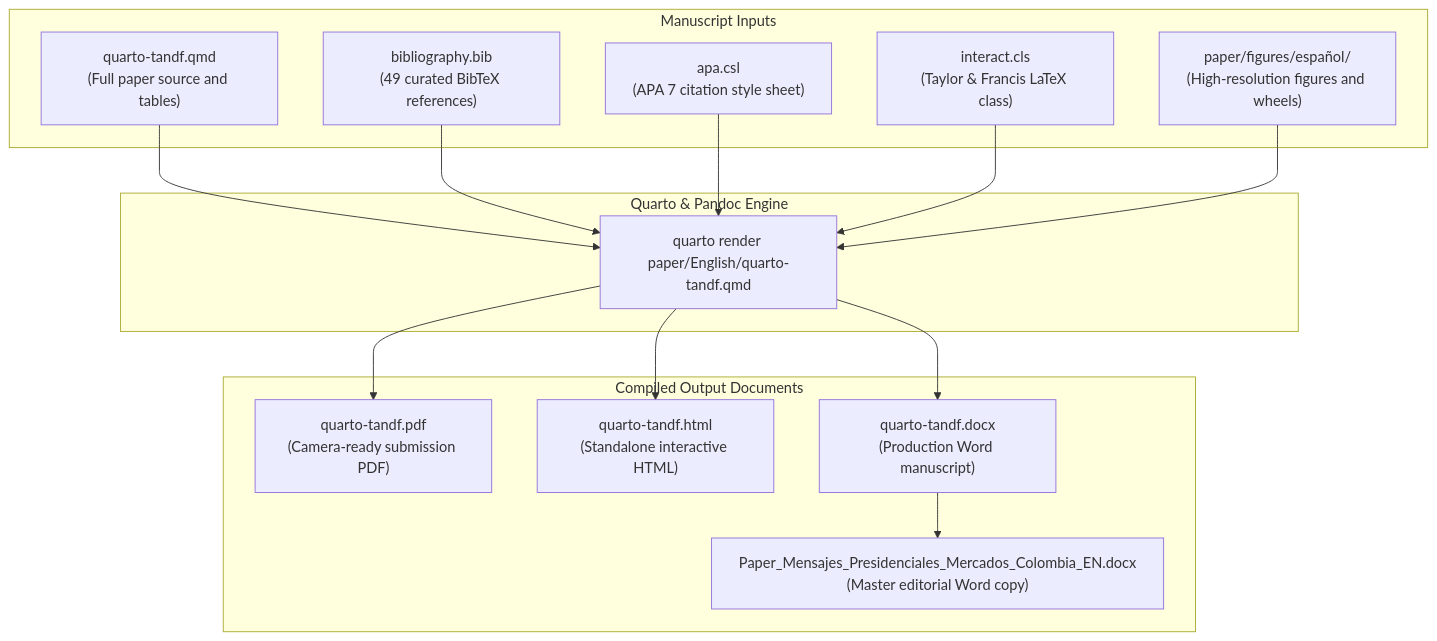
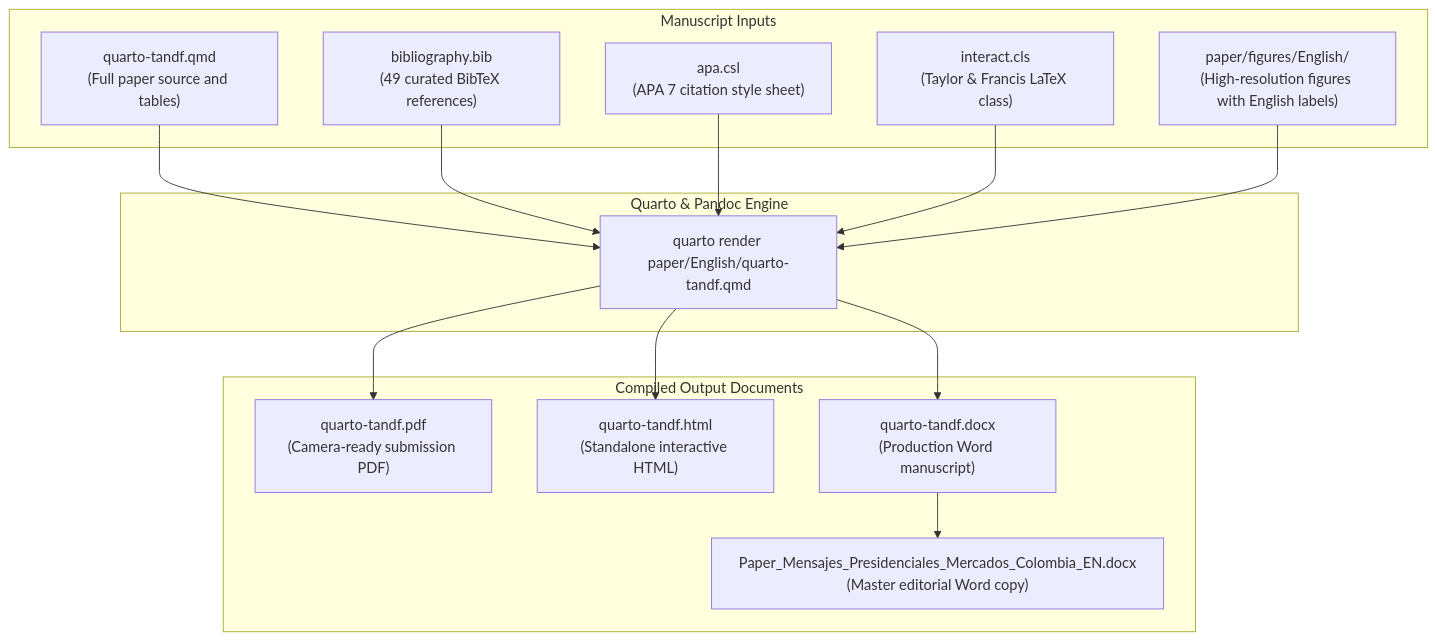
Before and after one commit to juanjo-edm/What_is_the_economic_impact_of_Colombian_President_tweets: the diagram in paper/English/README.md, drawn with Mermaid. The commit also changed other lines of this file and 49 other files, not shown here.

Commit message:
feat(repo): deliver canonical English research package, computational notebook, translated figures, and synchronized documentation

````diff
--- a/paper/English/README.md
+++ b/paper/English/README.md
@@ -11,32 +11,32 @@
 ```mermaid
 flowchart TD
     subgraph ManuscriptInputs ["Manuscript Inputs"]
         QMD["quarto-tandf.qmd<br/>(Full paper source and tables)"]
         BIB["bibliography.bib<br/>(49 curated BibTeX references)"]
         CSL["apa.csl<br/>(APA 7 citation style sheet)"]
         CLS["interact.cls<br/>(Taylor & Francis LaTeX class)"]
-        FIGS["paper/figures/español/<br/>(High-resolution figures and wheels)"]
+        FIGS["paper/figures/English/<br/>(High-resolution figures with English labels)"]
     end
 
     subgraph CompilationEngine ["Quarto & Pandoc Engine"]
         RENDER["quarto render paper/English/quarto-tandf.qmd"]
     end
 
     subgraph CompiledOutputs ["Compiled Output Documents"]
         PDF["quarto-tandf.pdf<br/>(Camera-ready submission PDF)"]
         HTML["quarto-tandf.html<br/>(Standalone interactive HTML)"]
         DOCX["quarto-tandf.docx<br/>(Production Word manuscript)"]
         DOCX_SYNC["Paper_Mensajes_Presidenciales_Mercados_Colombia_EN.docx<br/>(Master editorial Word copy)"]
     end
 
     QMD --> RENDER
     BIB --> RENDER
     CSL --> RENDER
     CLS --> RENDER
     FIGS --> RENDER
 
     RENDER --> PDF
     RENDER --> HTML
     RENDER --> DOCX
     DOCX --> DOCX_SYNC
 ```
````
